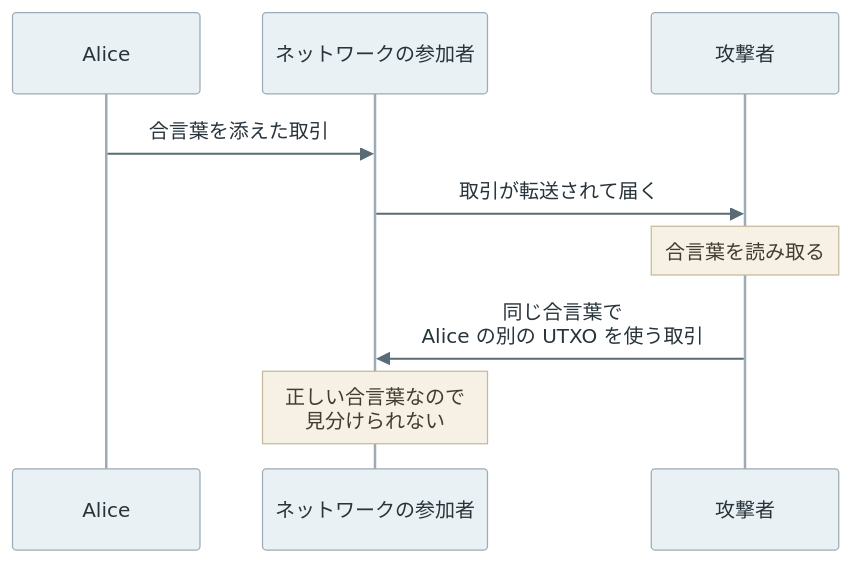
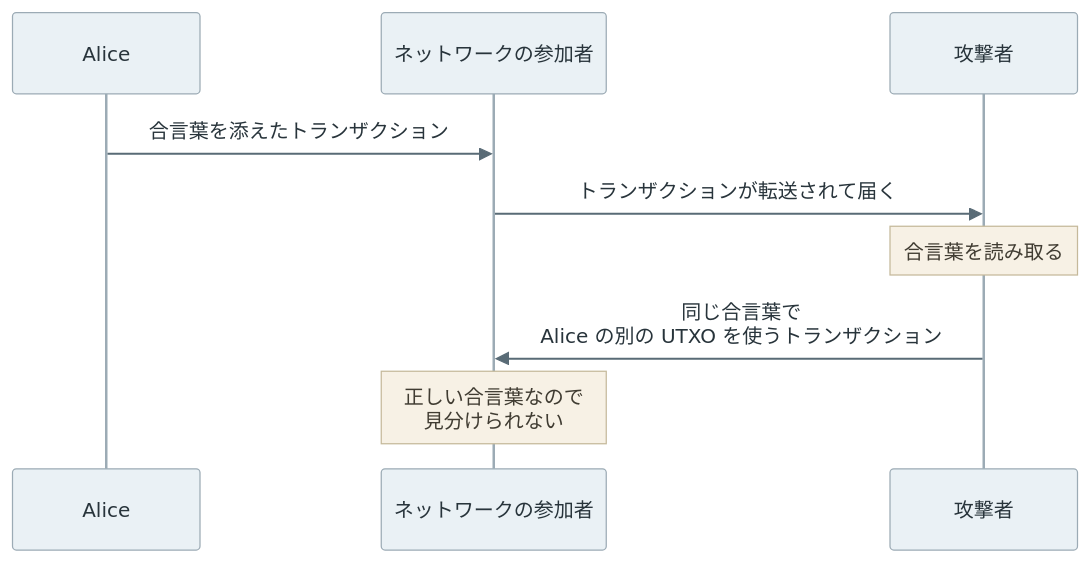
Before and after one commit to nao1215/debimate: the first of 5 diagrams in content/notes/blockchain-systems/digital-signature/index.md, drawn with Mermaid. The commit also changed other lines of this file and 14 other files, not shown here.

````diff
--- a/content/notes/blockchain-systems/digital-signature/index.md
+++ b/content/notes/blockchain-systems/digital-signature/index.md
@@ -44,12 +44,12 @@
 ```mermaid
 %%{init: {"theme":"base","themeVariables":{"primaryColor":"#eaf1f5","primaryTextColor":"#28343b","primaryBorderColor":"#9cabb5","lineColor":"#596b76","textColor":"#28343b","actorBkg":"#eaf1f5","actorBorder":"#9cabb5","actorTextColor":"#28343b","actorLineColor":"#9cabb5","signalColor":"#596b76","signalTextColor":"#28343b","noteBkgColor":"#f7f1e5","noteBorderColor":"#c5b99b","noteTextColor":"#403c32","activationBkgColor":"#edf3ef","activationBorderColor":"#9aafa1"}}}%%
 sequenceDiagram
     participant A as Alice
     participant N as ネットワークの参加者
     participant E as 攻撃者
-    A->>N: 合言葉を添えた取引
-    N->>E: 取引が転送されて届く
+    A->>N: 合言葉を添えたトランザクション
+    N->>E: トランザクションが転送されて届く
     Note over E: 合言葉を読み取る
-    E->>N: 同じ合言葉で<br/>Alice の別の UTXO を使う取引
+    E->>N: 同じ合言葉で<br/>Alice の別の UTXO を使うトランザクション
     Note over N: 正しい合言葉なので<br/>見分けられない
 ```
````
